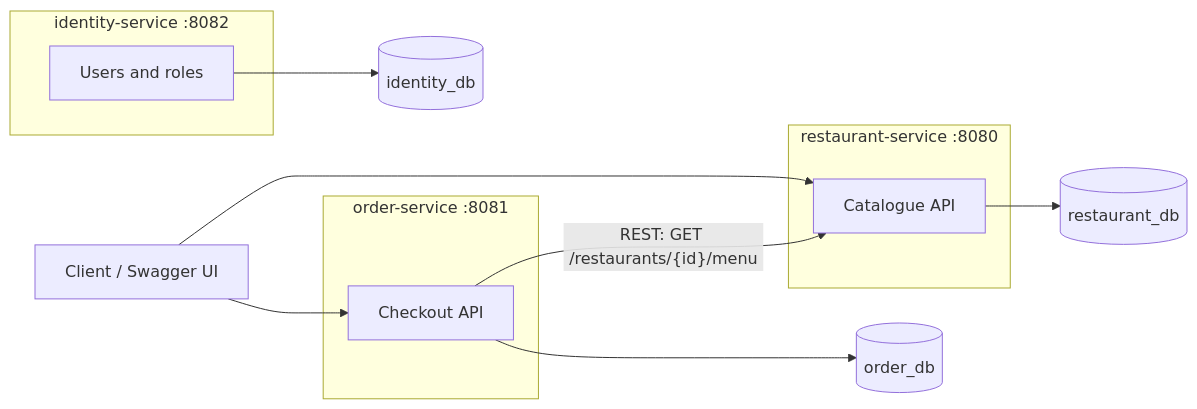
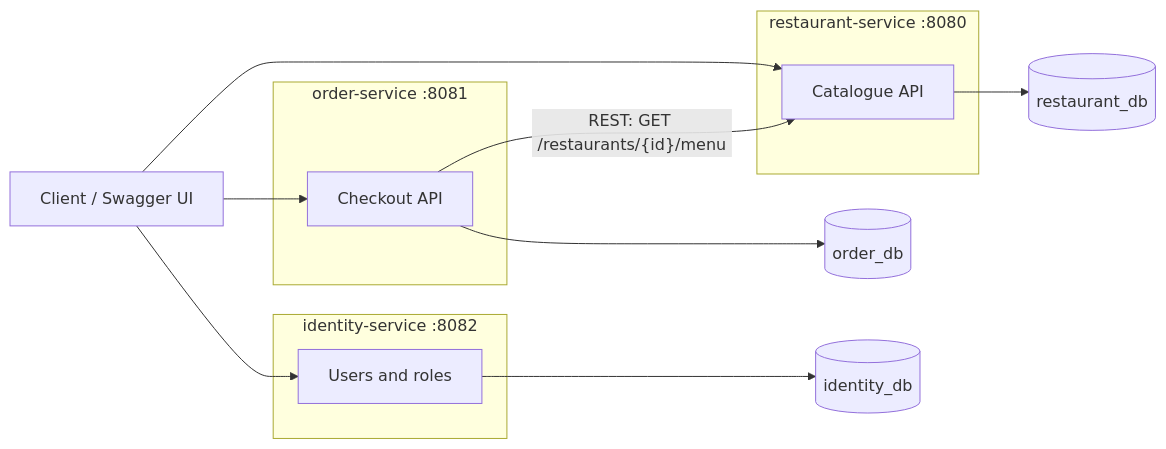
One commit to katerinakaloeva/fastbite changed the diagram in README.md. Above: the diagram before and after it, drawn with Mermaid. The commit also changed other lines of this file and 6 other files, not shown here.

````diff
--- a/README.md
+++ b/README.md
@@ -20,22 +20,23 @@
 ```mermaid
 flowchart LR
     Client[Client / Swagger UI]
 
     subgraph restaurant[restaurant-service :8080]
         R[Catalogue API]
     end
     subgraph order[order-service :8081]
         O[Checkout API]
     end
     subgraph identity[identity-service :8082]
         I[Users and roles]
     end
 
     Client --> R
     Client --> O
+    Client --> I
     O -- "REST: GET /restaurants/{id}/menu" --> R
 
     R --> RDB[(restaurant_db)]
     O --> ODB[(order_db)]
     I --> IDB[(identity_db)]
 ```
````
